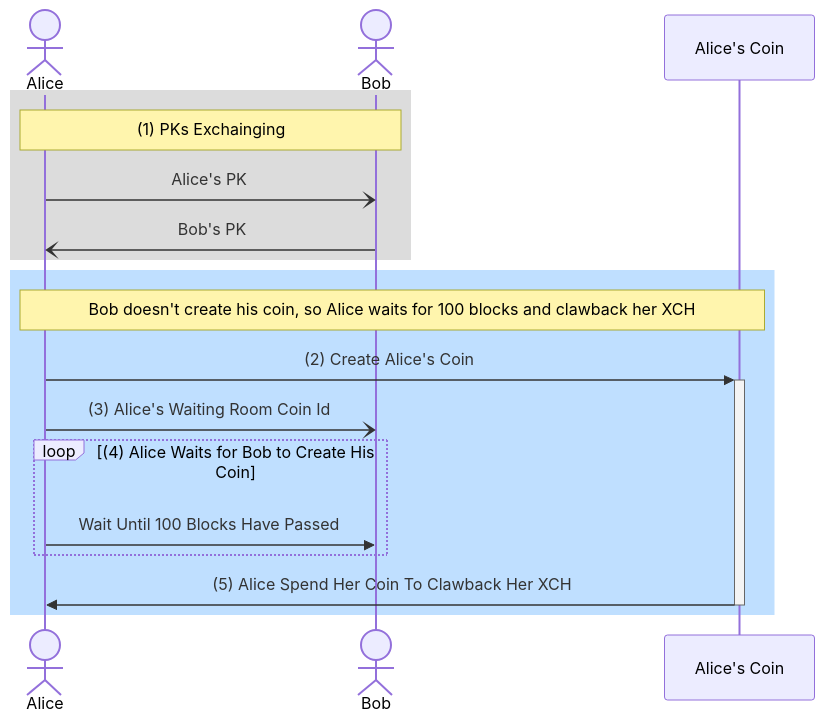
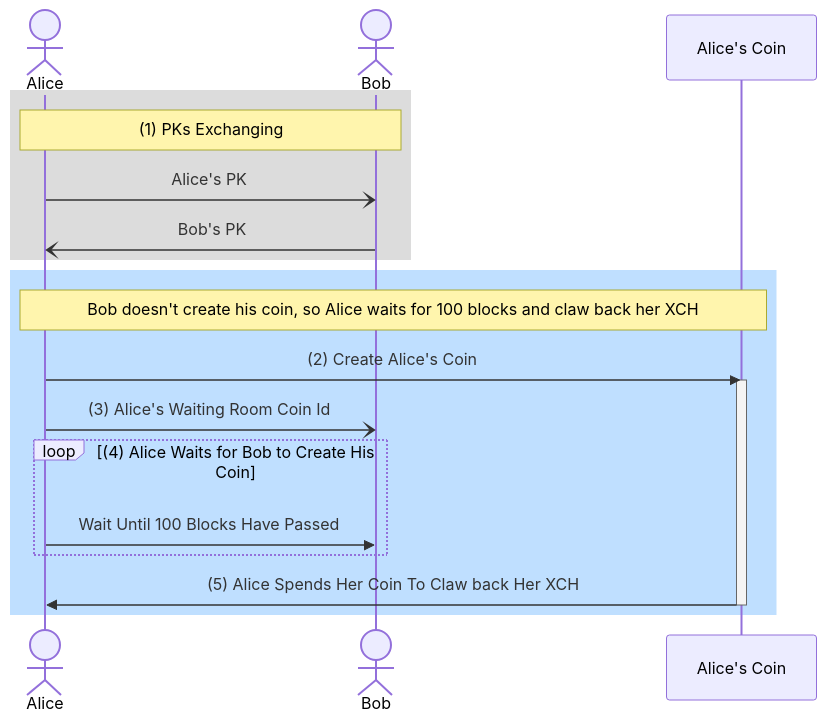
The second of 3 diagrams in README.md (kimsk/chia-tic-tac-toe), drawn with Mermaid before and after one commit. The commit also changed other lines of this file, not shown here.

````diff
--- a/README.md
+++ b/README.md
@@ -94,22 +99,24 @@
 ```mermaid
 sequenceDiagram;
     actor A as Alice;
     actor B as Bob;
     participant a as Alice's Coin;
 
     rect rgb(220, 220, 220);
-    note over A,B: (1) PKs Exchainging;
+    note over A,B: (1) PKs Exchanging;
     A-)B: Alice's PK;
     B-)A: Bob's PK;
     end;
 
     rect rgb(191, 223, 255);
-    note over A,a: Bob doesn't create his coin, so Alice waits for 100 blocks and clawback her XCH
-    A->>+a: (2) Create Alice's Coin; 
+    note over A,a: Bob doesn't create his coin, so Alice waits for 100 blocks and claw back her XCH
+    A->>a: (2) Create Alice's Coin;
+    activate a
     A-)B: (3) Alice's Waiting Room Coin Id;
     loop (4) Alice Waits for Bob to Create His Coin
         A->>B: Wait Until 100 Blocks Have Passed;
     end
-    a->>-A: (5) Alice Spend Her Coin To Clawback Her XCH;
+    a->>A: (5) Alice Spends Her Coin To Claw back Her XCH;
+    deactivate a
     end;
 ```
````
